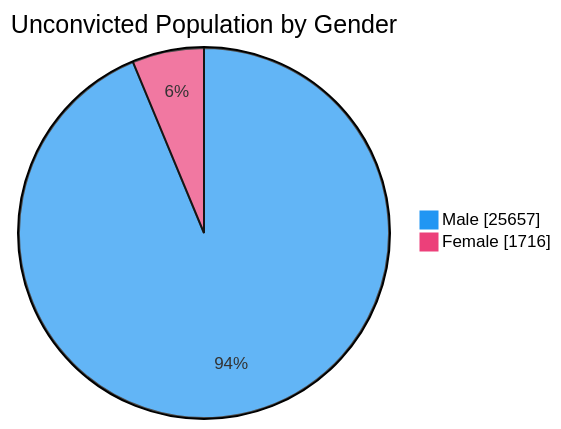
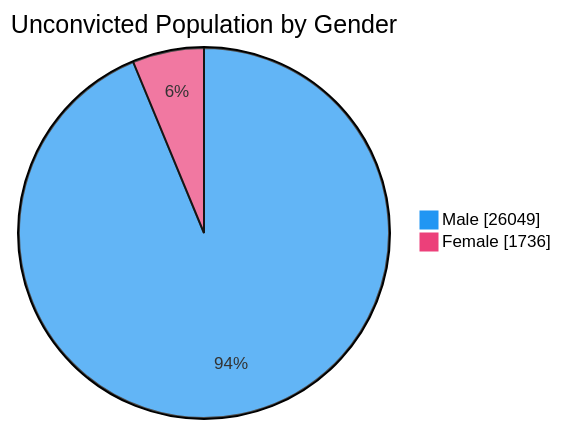
Before and after one commit to nuuuwan/lk_prisons: the fourth of 7 diagrams in README.md, drawn with Mermaid. The commit also changed other lines of this file and 1 other file, not shown here.

````diff
--- a/README.md
+++ b/README.md
@@ -76,6 +76,6 @@
 ```mermaid
 %%{init: {'themeVariables': {'pie1': '#2196F3', 'pie2': '#EC407A'}}}%%
 pie showData title Unconvicted Population by Gender
-    "Male" : 25657
-    "Female" : 1716
+    "Male" : 26049
+    "Female" : 1736
 ```
````
